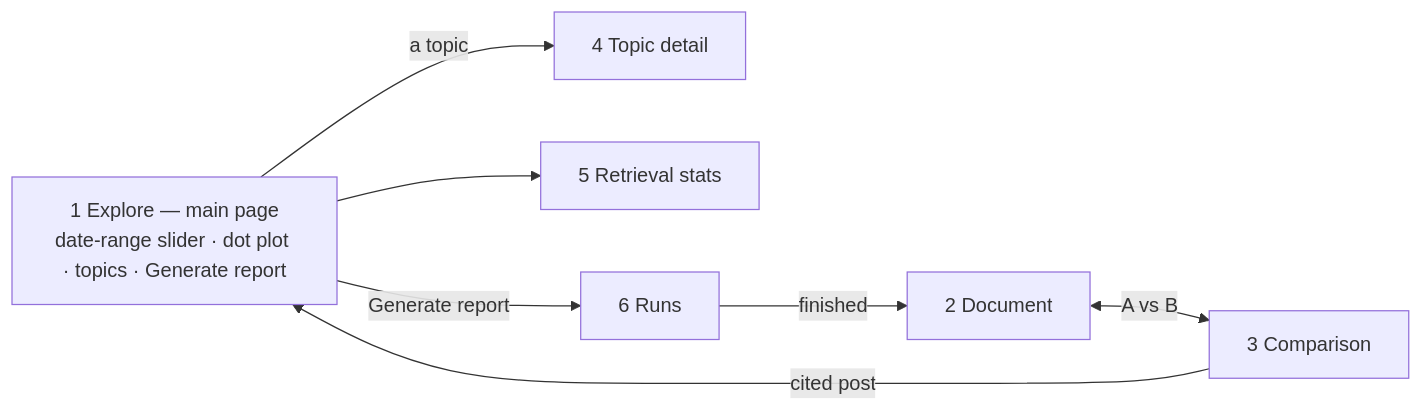
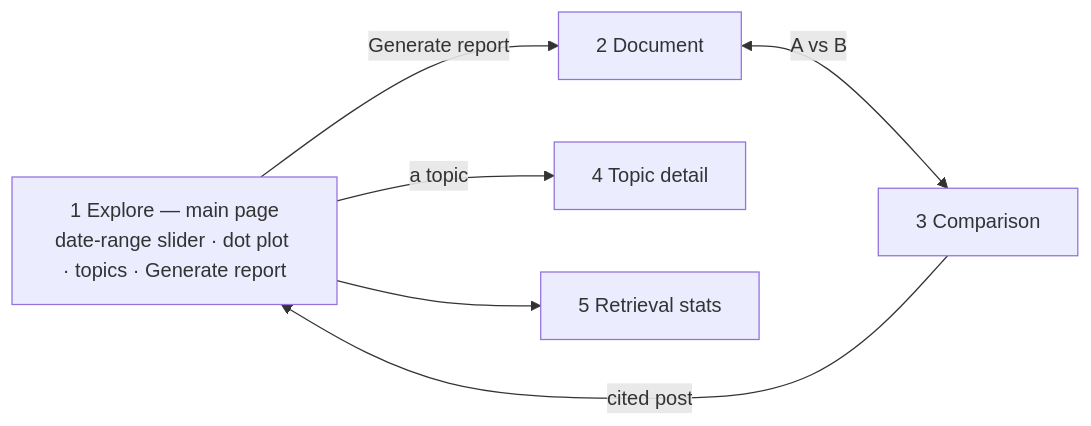
The diagram in docs/atlas/30-frontend/31-screens.md (brianaderer/transcendent), drawn with Mermaid before and after one commit. The commit also changed other lines of this file and 5 other files, not shown here.

Commit message:
Atlas: no run history, stored events, checkpoints or Runs screen (OPEN-24)

````diff
--- a/docs/atlas/30-frontend/31-screens.md
+++ b/docs/atlas/30-frontend/31-screens.md
@@ -10,15 +10,13 @@
 ```mermaid
 flowchart LR
     MAIN["1 Explore — main page<br/>date-range slider · dot plot · topics · Generate report"]
     DOC["2 Document"]
     CMP["3 Comparison"]
     TOP["4 Topic detail"]
     STA["5 Retrieval stats"]
-    RUN["6 Runs"]
-    MAIN -->|"Generate report"| RUN
-    RUN -->|"finished"| DOC
+    MAIN -->|"Generate report"| DOC
     DOC <-->|"A vs B"| CMP
     MAIN -->|"a topic"| TOP
     CMP -->|"cited post"| MAIN
     MAIN --> STA
 ```
````
